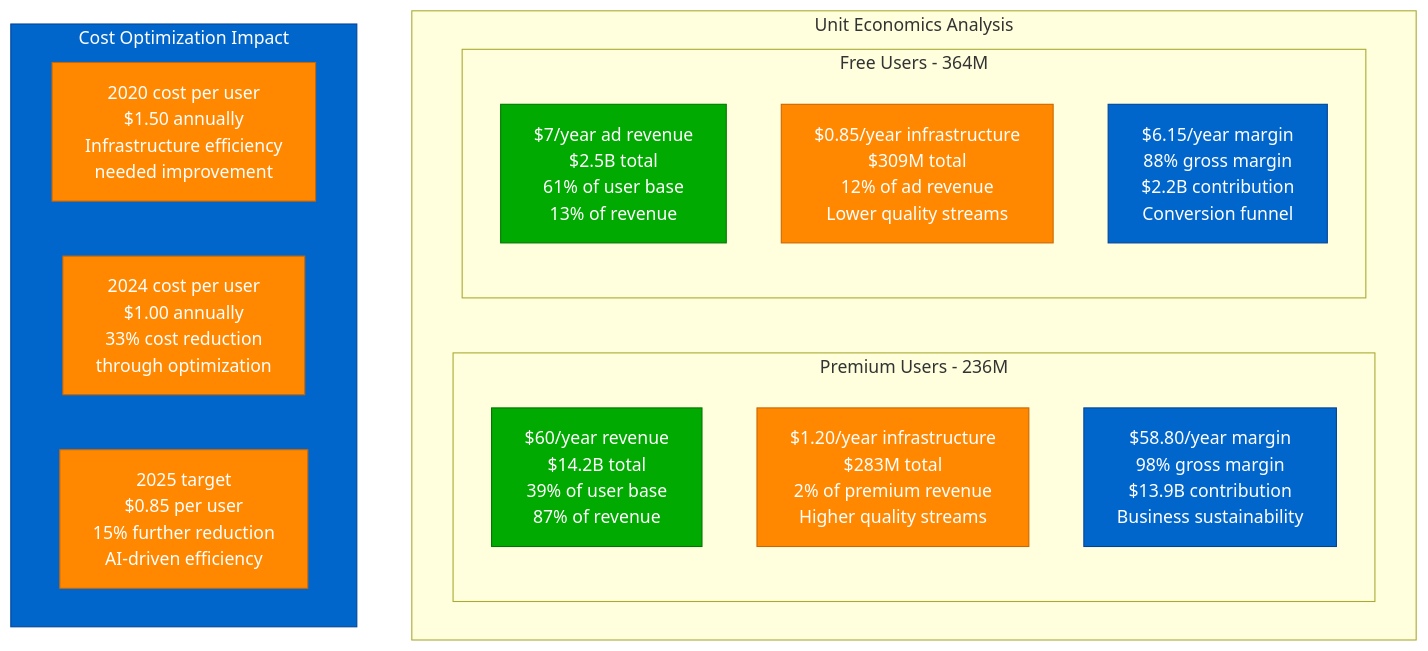
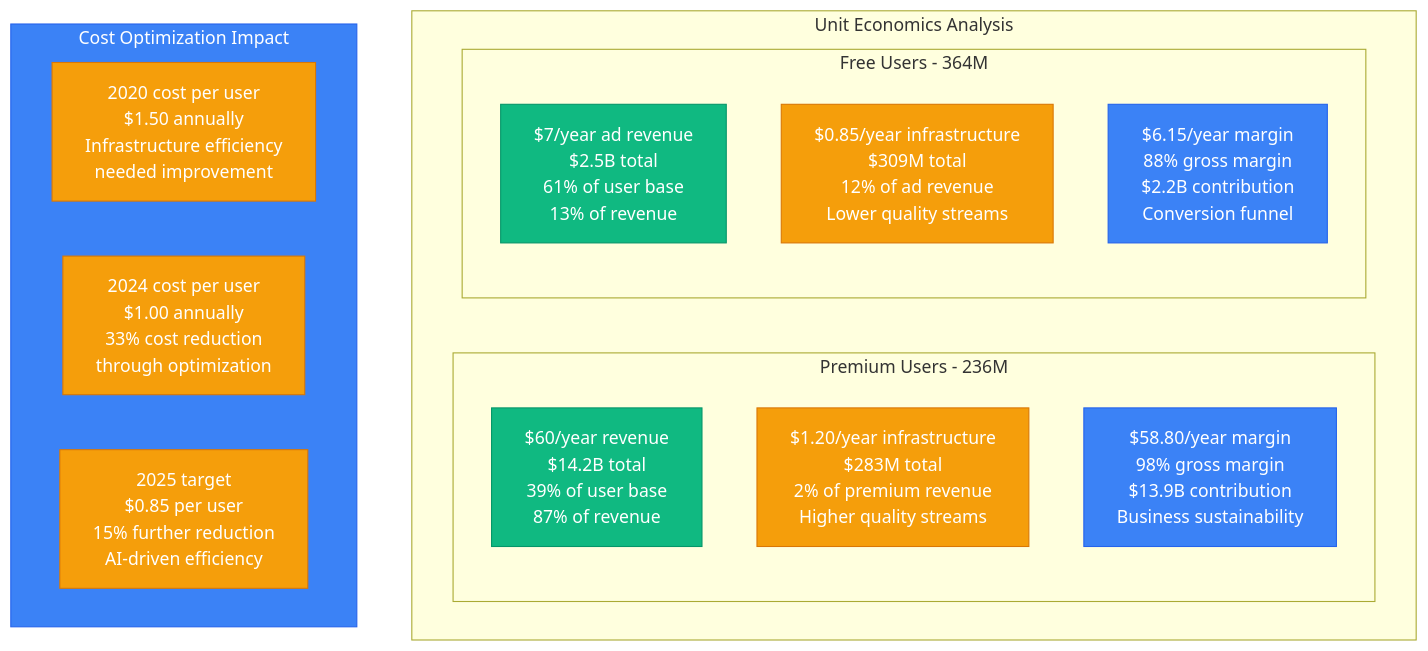
Before and after one commit to deepaucksharma/DS: the sixth of 6 diagrams in site/docs/systems/spotify/cost-breakdown.md, drawn with Mermaid. The commit also changed other lines of this file and 303 other files, not shown here.

````diff
--- a/site/docs/systems/spotify/cost-breakdown.md
+++ b/site/docs/systems/spotify/cost-breakdown.md
@@ -241,37 +241,37 @@
 ```mermaid
 graph TB
     subgraph UnitEconomics[Unit Economics Analysis]
         subgraph PremiumUsers[Premium Users - 236M]
             PremiumRevenue[$60/year revenue<br/>$14.2B total<br/>39% of user base<br/>87% of revenue]
 
             PremiumCosts[$1.20/year infrastructure<br/>$283M total<br/>2% of premium revenue<br/>Higher quality streams]
 
             PremiumMargin[$58.80/year margin<br/>98% gross margin<br/>$13.9B contribution<br/>Business sustainability]
         end
 
         subgraph FreeUsers[Free Users - 364M]
             FreeRevenue[$7/year ad revenue<br/>$2.5B total<br/>61% of user base<br/>13% of revenue]
 
             FreeCosts[$0.85/year infrastructure<br/>$309M total<br/>12% of ad revenue<br/>Lower quality streams]
 
             FreeMargin[$6.15/year margin<br/>88% gross margin<br/>$2.2B contribution<br/>Conversion funnel]
         end
     end
 
     %% Cost optimization impact
     subgraph CostOptimization[Cost Optimization Impact]
         HistoricalCost[2020 cost per user<br/>$1.50 annually<br/>Infrastructure efficiency<br/>needed improvement]
 
         CurrentCost[2024 cost per user<br/>$1.00 annually<br/>33% cost reduction<br/>through optimization]
 
         FutureCost[2025 target<br/>$0.85 per user<br/>15% further reduction<br/>AI-driven efficiency]
     end
 
-    classDef revenueStyle fill:#00AA00,stroke:#007700,color:#fff
-    classDef costStyle fill:#FF8800,stroke:#CC6600,color:#fff
-    classDef marginStyle fill:#0066CC,stroke:#004499,color:#fff
+    classDef revenueStyle fill:#10B981,stroke:#059669,color:#fff
+    classDef costStyle fill:#F59E0B,stroke:#D97706,color:#fff
+    classDef marginStyle fill:#3B82F6,stroke:#2563EB,color:#fff
 
     class PremiumRevenue,FreeRevenue revenueStyle
     class PremiumCosts,FreeCosts,HistoricalCost,CurrentCost,FutureCost costStyle
     class PremiumMargin,FreeMargin,CostOptimization marginStyle
 ```
````
